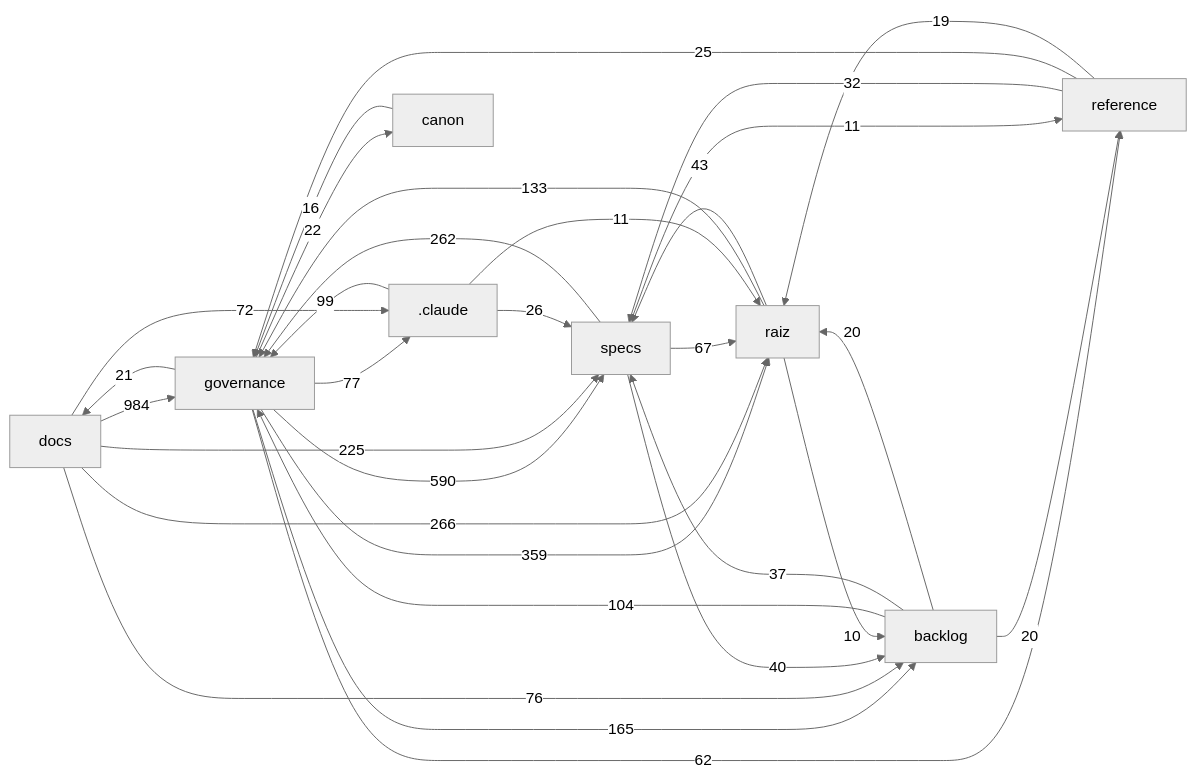
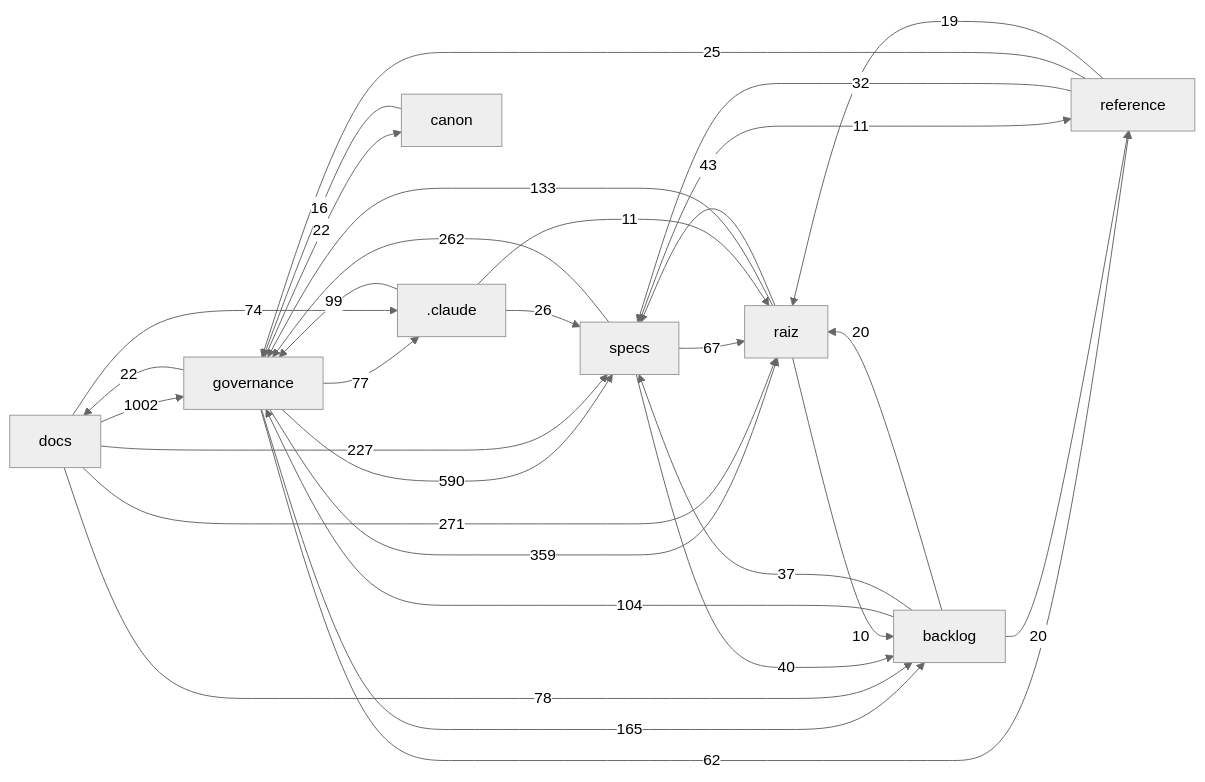
One commit to Andraus35/Sistema-Operacional-de-Trading--SOT changed the diagram in docs/mapa/MAPA-PROJETO.md. Above: the diagram before and after it, drawn with Mermaid (neutral theme). The commit also changed other lines of this file and 4 other files, not shown here.

````diff
--- a/docs/mapa/MAPA-PROJETO.md
+++ b/docs/mapa/MAPA-PROJETO.md
@@ -29,33 +29,33 @@
 ```mermaid
 flowchart LR
-  docs["docs"] -->|984| governance["governance"]
+  docs["docs"] -->|1002| governance["governance"]
   governance["governance"] -->|590| specs["specs"]
   governance["governance"] -->|359| raiz["raiz"]
-  docs["docs"] -->|266| raiz["raiz"]
+  docs["docs"] -->|271| raiz["raiz"]
   specs["specs"] -->|262| governance["governance"]
-  docs["docs"] -->|225| specs["specs"]
+  docs["docs"] -->|227| specs["specs"]
   governance["governance"] -->|165| backlog["backlog"]
   raiz["raiz"] -->|133| governance["governance"]
   backlog["backlog"] -->|104| governance["governance"]
   _claude[".claude"] -->|99| governance["governance"]
+  docs["docs"] -->|78| backlog["backlog"]
   governance["governance"] -->|77| _claude[".claude"]
-  docs["docs"] -->|76| backlog["backlog"]
-  docs["docs"] -->|72| _claude[".claude"]
+  docs["docs"] -->|74| _claude[".claude"]
   specs["specs"] -->|67| raiz["raiz"]
   governance["governance"] -->|62| reference["reference"]
   raiz["raiz"] -->|43| specs["specs"]
   specs["specs"] -->|40| backlog["backlog"]
   backlog["backlog"] -->|37| specs["specs"]
   reference["reference"] -->|32| specs["specs"]
   _claude[".claude"] -->|26| specs["specs"]
   reference["reference"] -->|25| governance["governance"]
+  governance["governance"] -->|22| docs["docs"]
   governance["governance"] -->|22| canon["canon"]
-  governance["governance"] -->|21| docs["docs"]
   backlog["backlog"] -->|20| raiz["raiz"]
   backlog["backlog"] -->|20| reference["reference"]
   reference["reference"] -->|19| raiz["raiz"]
   canon["canon"] -->|16| governance["governance"]
   _claude[".claude"] -->|11| raiz["raiz"]
   specs["specs"] -->|11| reference["reference"]
   raiz["raiz"] -->|10| backlog["backlog"]
 ```
````
